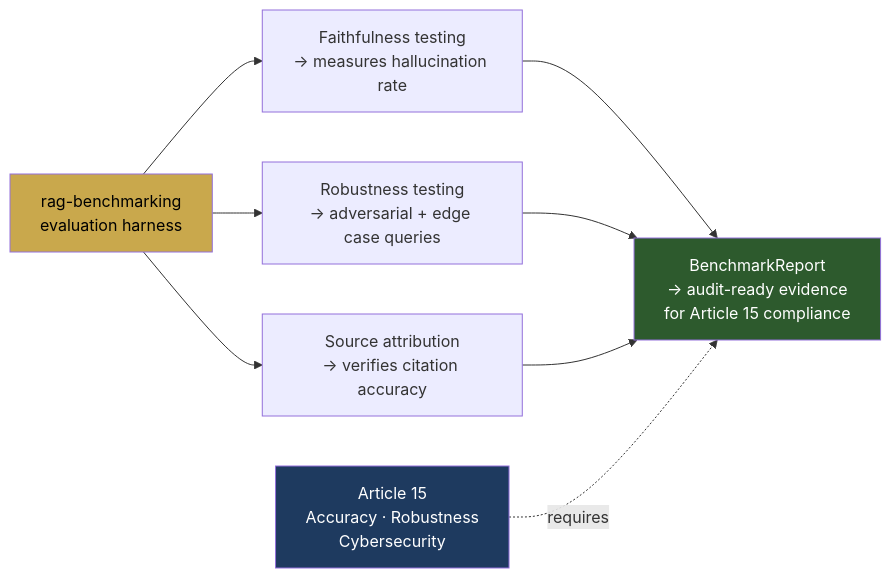
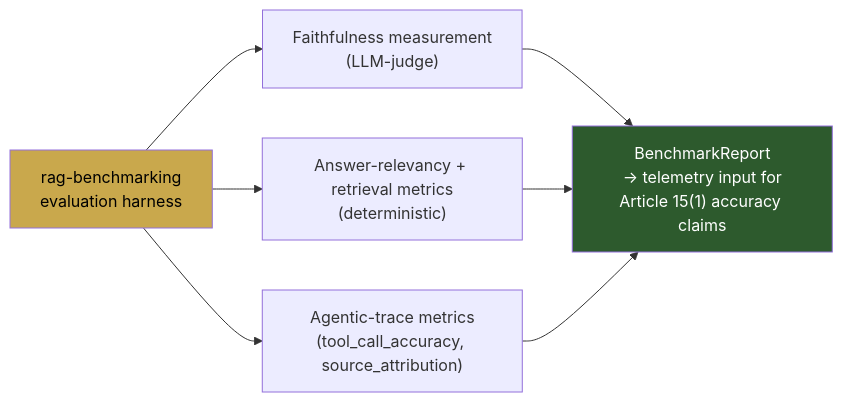
The third of 4 diagrams in README.md (aiexponenthq/rag-benchmarking), drawn with Mermaid before and after one commit. The commit also changed other lines of this file and 45 other files, not shown here.

First line of the commit message:
release: v1.0.0 — Path A reframing · schema reconciliation · authenticity pass (#17)

````diff
--- a/README.md
+++ b/README.md
@@ -232,22 +234,15 @@
 ```mermaid
 graph LR
     RAG["rag-benchmarking\nevaluation harness"]
+    FAITH2["Faithfulness measurement\n(LLM-judge)"]
+    ANS["Answer-relevancy + retrieval metrics\n(deterministic)"]
+    AGENT2["Agentic-trace metrics\n(tool_call_accuracy, source_attribution)"]
+    REPORT2["BenchmarkReport\n→ telemetry input for\nArticle 15(1) accuracy claims"]
 
-    A15["Article 15\nAccuracy · Robustness\nCybersecurity"]
-    FAITH2["Faithfulness testing\n→ measures hallucination rate"]
-    ROBUST["Robustness testing\n→ adversarial + edge case queries"]
-    ATTR["Source attribution\n→ verifies citation accuracy"]
-    REPORT2["BenchmarkReport\n→ audit-ready evidence\nfor Article 15 compliance"]
-
-    RAG --> FAITH2
-    RAG --> ROBUST
-    RAG --> ATTR
-    FAITH2 --> REPORT2
-    ROBUST --> REPORT2
-    ATTR --> REPORT2
-    A15 -.->|"requires"| REPORT2
+    RAG --> FAITH2 --> REPORT2
+    RAG --> ANS --> REPORT2
+    RAG --> AGENT2 --> REPORT2
 
     style RAG fill:#c9a84c,color:#000
-    style A15 fill:#1e3a5f,color:#fff
     style REPORT2 fill:#2d5a2d,color:#fff
 ```
````
